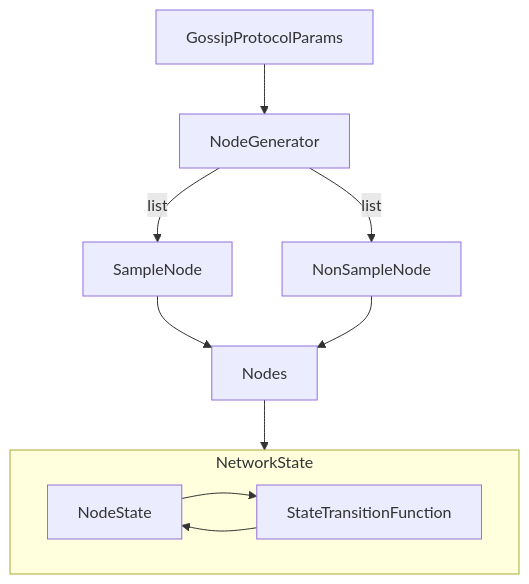
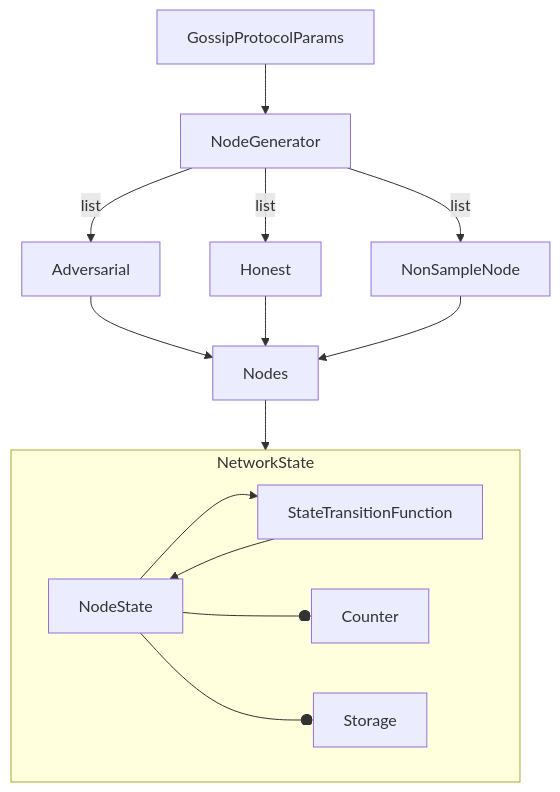
Before and after one commit to dineshpinto/synchronous-gossip-protocol: the diagram in README.md, drawn with Mermaid. The commit also changed other lines of this file and 4 other files, not shown here.

Commit message:
Updated docstrings, added coverage tests and mermaid diagram

````diff
--- a/README.md
+++ b/README.md
@@ -8,13 +10,17 @@
 ```mermaid
 flowchart TD
     GossipProtocolParams --> NodeGenerator;
     NodeGenerator -- list --> NonSampleNode;
-    NodeGenerator -- list --> SampleNode;
-    SampleNode --> Nodes;
+    NodeGenerator -- list --> Adversarial;
+    NodeGenerator -- list --> Honest;
+    Adversarial --> Nodes;
+    Honest --> Nodes;
     NonSampleNode --> Nodes;
     Nodes --> NetworkState;
     subgraph NetworkState
         NodeState --> StateTransitionFunction
         StateTransitionFunction --> NodeState;
+        NodeState --o Counter;
+        NodeState --o Storage;
     end
 ```
````
